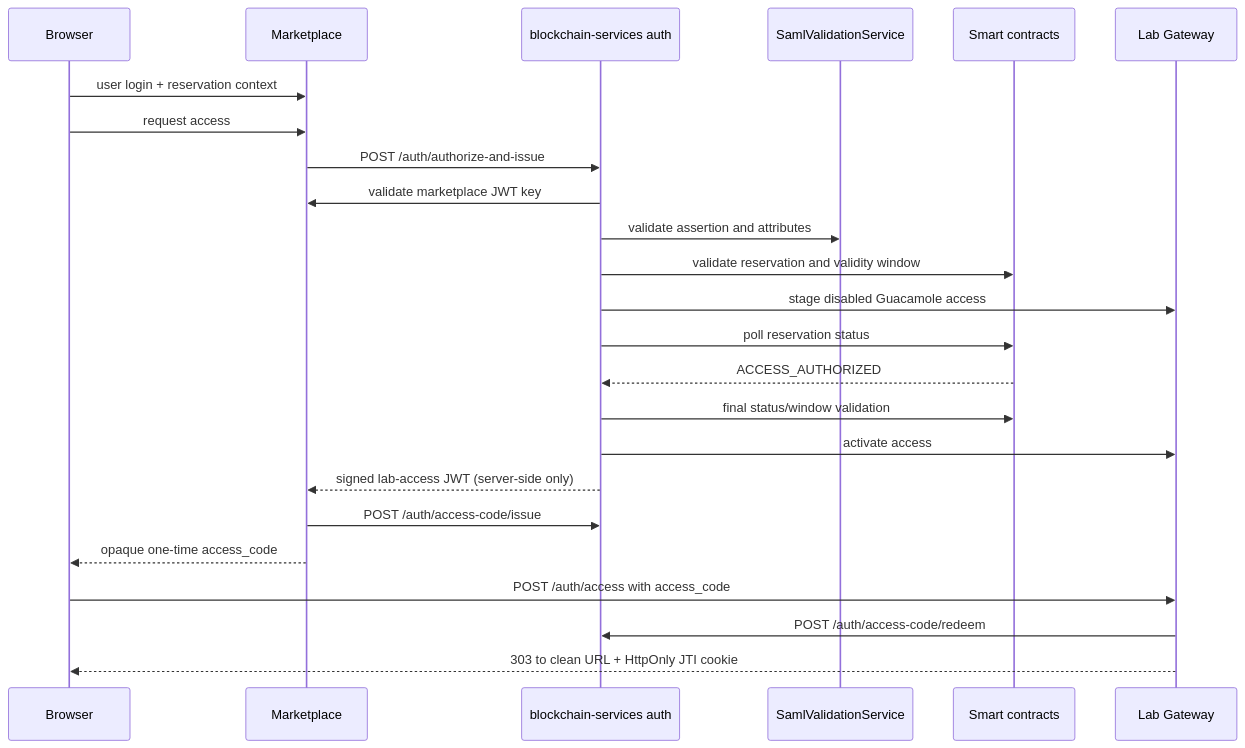
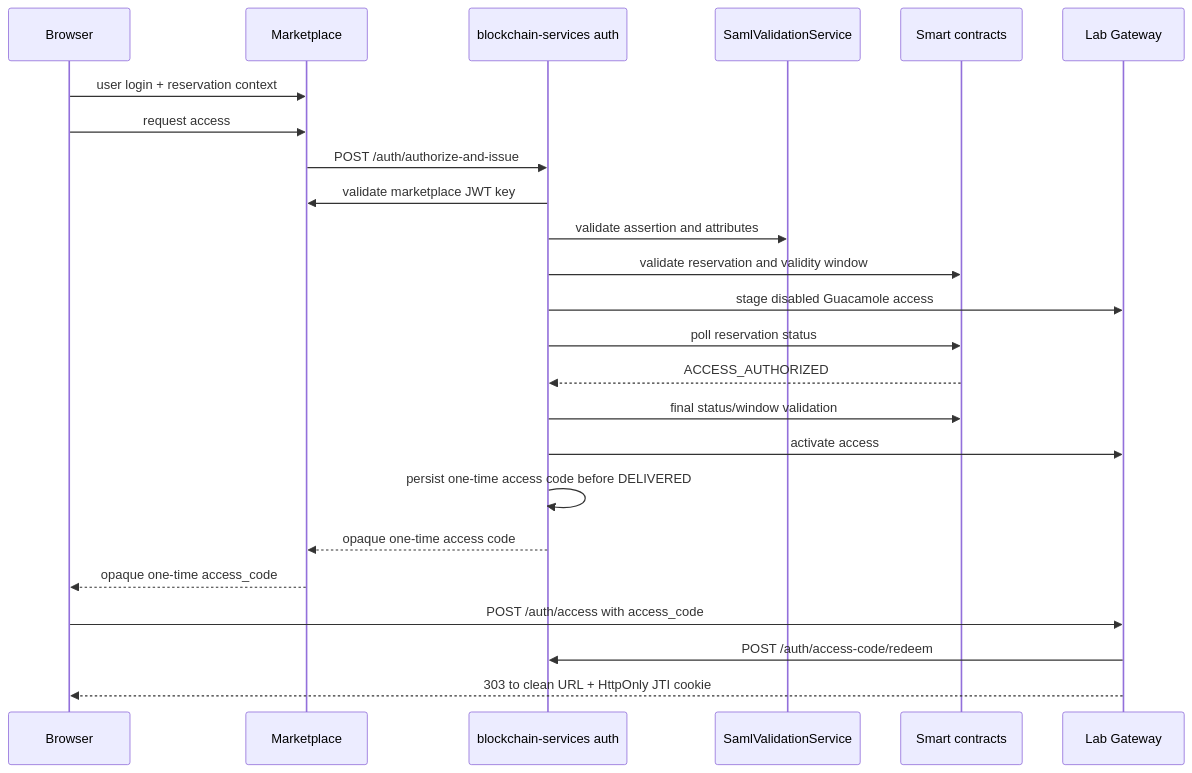
One commit to DecentraLabsCom/Blockchain-Services changed the diagram in docs/services/AUTH.md. Above: the diagram before and after it, drawn with Mermaid. The commit also changed other lines of this file and 10 other files, not shown here.

````diff
--- a/docs/services/AUTH.md
+++ b/docs/services/AUTH.md
@@ -31,27 +30,27 @@
 ```mermaid
 sequenceDiagram
     participant Browser
     participant Marketplace
     participant Auth as blockchain-services auth
     participant Saml as SamlValidationService
     participant Chain as Smart contracts
     participant Gateway as Lab Gateway
 
     Browser->>Marketplace: user login + reservation context
     Browser->>Marketplace: request access
     Marketplace->>Auth: POST /auth/authorize-and-issue
     Auth->>Marketplace: validate marketplace JWT key
     Auth->>Saml: validate assertion and attributes
     Auth->>Chain: validate reservation and validity window
     Auth->>Gateway: stage disabled Guacamole access
     Auth->>Chain: poll reservation status
     Chain-->>Auth: ACCESS_AUTHORIZED
     Auth->>Chain: final status/window validation
     Auth->>Gateway: activate access
-    Auth-->>Marketplace: signed lab-access JWT (server-side only)
-    Marketplace->>Auth: POST /auth/access-code/issue
+    Auth->>Auth: persist one-time access code before DELIVERED
+    Auth-->>Marketplace: opaque one-time access code
     Marketplace-->>Browser: opaque one-time access_code
     Browser->>Gateway: POST /auth/access with access_code
     Gateway->>Auth: POST /auth/access-code/redeem
     Gateway-->>Browser: 303 to clean URL + HttpOnly JTI cookie
 ```
````
